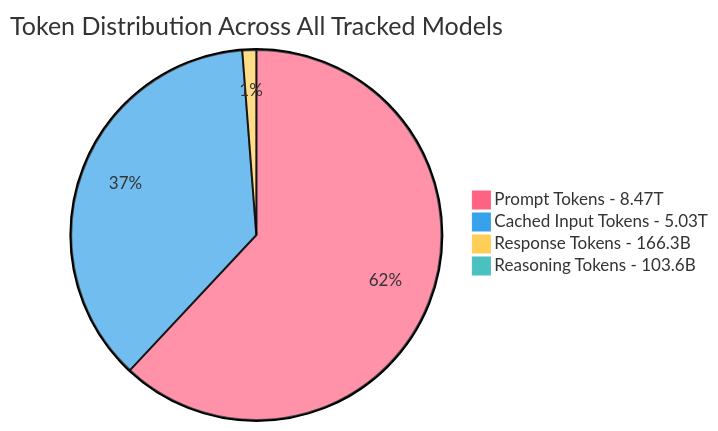
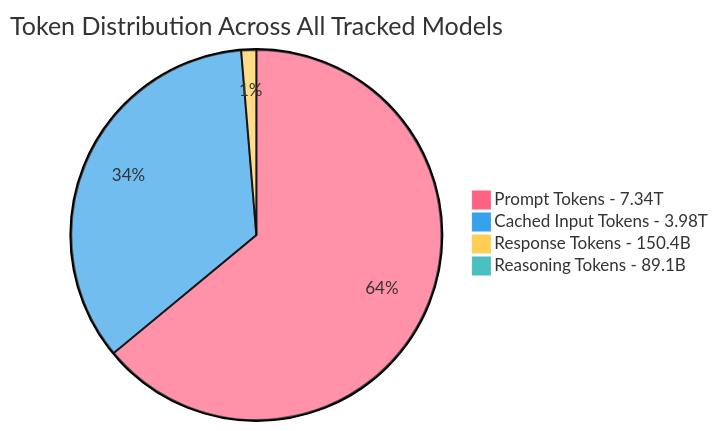
Before and after one commit to johnbean393/openrouter-inference-stats: the fourth of 4 diagrams in README.md, drawn with Mermaid. The commit also changed other lines of this file and 1 other file, not shown here.

````diff
--- a/README.md
+++ b/README.md
@@ -55,9 +55,9 @@
 ```mermaid
 %%{init: {'theme': 'base', 'themeVariables': {'pie1': '#FF6384', 'pie2': '#36A2EB', 'pie3': '#FFCE56', 'pie4': '#4BC0C0', 'pie5': '#9966FF', 'pie6': '#FF9F40', 'pie7': '#2ECC71', 'pie8': '#FF66B2', 'pie9': '#00CCFF', 'pie10': '#E74C3C', 'pie11': '#F39C12', 'pie12': '#1ABC9C'}}}%%
 pie
     title Token Distribution Across All Tracked Models
-    "Prompt Tokens - 8.47T" : 8472214189635
-    "Cached Input Tokens - 5.03T" : 5033002752958
-    "Response Tokens - 166.3B" : 166269912014
-    "Reasoning Tokens - 103.6B" : 103589768344
+    "Prompt Tokens - 7.34T" : 7341844426070
+    "Cached Input Tokens - 3.98T" : 3978998296844
+    "Response Tokens - 150.4B" : 150405697478
+    "Reasoning Tokens - 89.1B" : 89097186591
 ```
````
